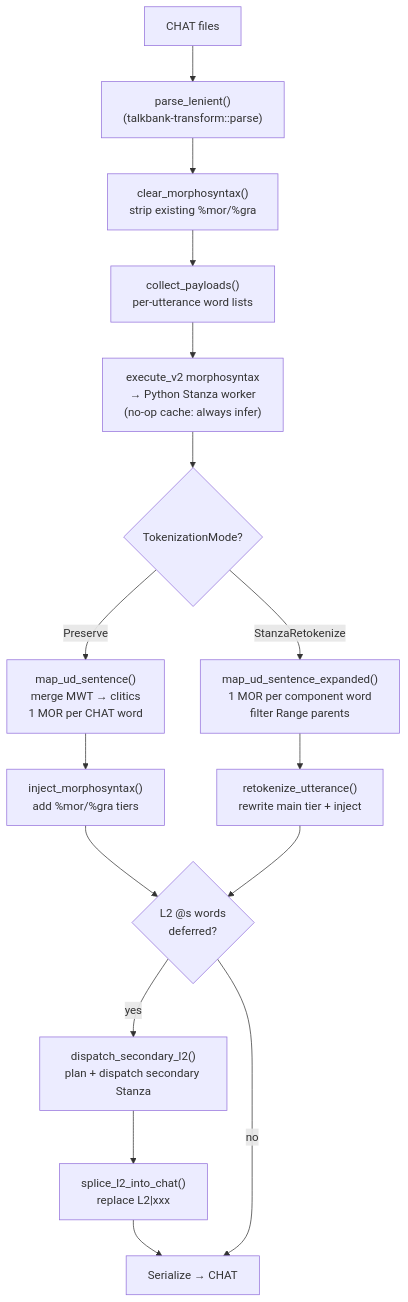
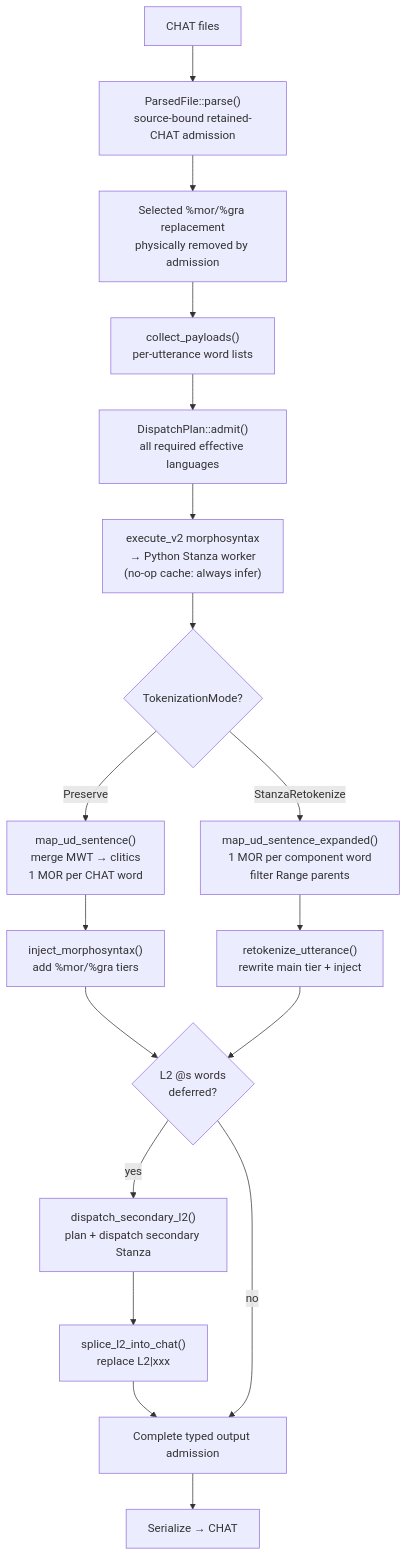
The first of 3 diagrams in book/src/batchalign/reference/morphosyntax.md (FranklinChen/talkbank-tools), drawn with Mermaid before and after one commit. The commit also changed other lines of this file and 412 other files, not shown here.

````diff
--- a/book/src/batchalign/reference/morphosyntax.md
+++ b/book/src/batchalign/reference/morphosyntax.md
@@ -33,26 +121,28 @@
 ```mermaid
 flowchart TD
     chat["CHAT files"]
-    parse["parse_lenient()\n(talkbank-transform::parse)"]
-    clear["clear_morphosyntax()\nstrip existing %mor/%gra"]
+    parse["ParsedFile::parse()\nsource-bound retained-CHAT admission"]
+    clear["Selected %mor/%gra replacement\nphysically removed by admission"]
     collect["collect_payloads()\nper-utterance word lists"]
+    admit["DispatchPlan::admit()\nall required effective languages"]
     batch["execute_v2 morphosyntax\n→ Python Stanza worker<br/>(no-op cache: always infer)"]
     mode{"TokenizationMode?"}
     preserve["map_ud_sentence()\nmerge MWT → clitics\n1 MOR per CHAT word"]
     retok["map_ud_sentence_expanded()\n1 MOR per component word\nfilter Range parents"]
     inject_p["inject_morphosyntax()\nadd %mor/%gra tiers"]
     inject_r["retokenize_utterance()\nrewrite main tier + inject"]
     l2{"L2 @s words\ndeferred?"}
     l2disp["dispatch_secondary_l2()\nplan + dispatch secondary Stanza"]
     splice["splice_l2_into_chat()\nreplace L2|xxx"]
+    post["Complete typed output admission"]
     out["Serialize → CHAT"]
 
-    chat --> parse --> clear --> collect --> batch
+    chat --> parse --> clear --> collect --> admit --> batch
     batch --> mode
     mode -->|Preserve| preserve --> inject_p
     mode -->|StanzaRetokenize| retok --> inject_r
     inject_p --> l2
     inject_r --> l2
-    l2 -->|yes| l2disp --> splice --> out
-    l2 -->|no| out
+    l2 -->|yes| l2disp --> splice --> post --> out
+    l2 -->|no| post
 ```
````
